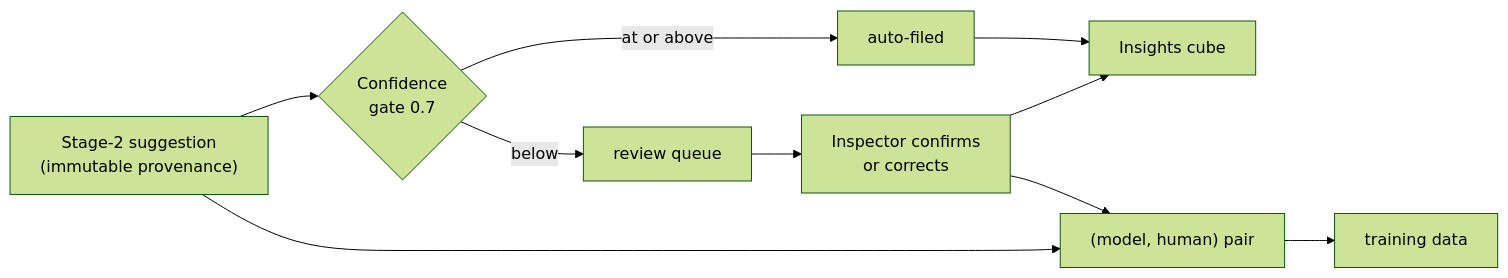
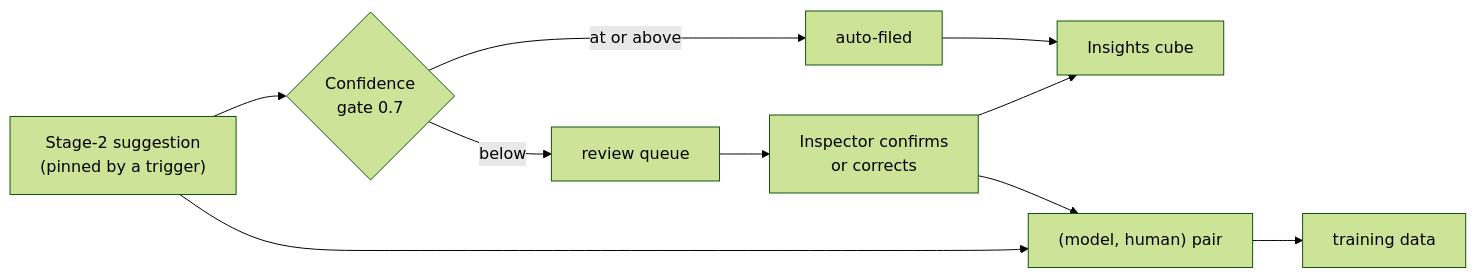
The third of 4 diagrams in README.md (kandulanikhilvarma/witness), drawn with Mermaid (forest theme) before and after one commit. The commit also changed other lines of this file and 4 other files, not shown here.

````diff
--- a/README.md
+++ b/README.md
@@ -204,12 +205,12 @@
 ```mermaid
 flowchart LR
-  M["Stage-2 suggestion<br/>(immutable provenance)"] --> G{"Confidence<br/>gate 0.7"}
+  M["Stage-2 suggestion<br/>(pinned by a trigger)"] --> G{"Confidence<br/>gate 0.7"}
   G -->|at or above| AUTO["auto-filed"]
   G -->|below| Q["review queue"]
   Q --> H["Inspector confirms<br/>or corrects"]
   AUTO --> INS["Insights cube"]
   H --> INS
   M --> PAIR["(model, human) pair"]
   H --> PAIR
   PAIR --> TRAIN["training data"]
 ```
````
